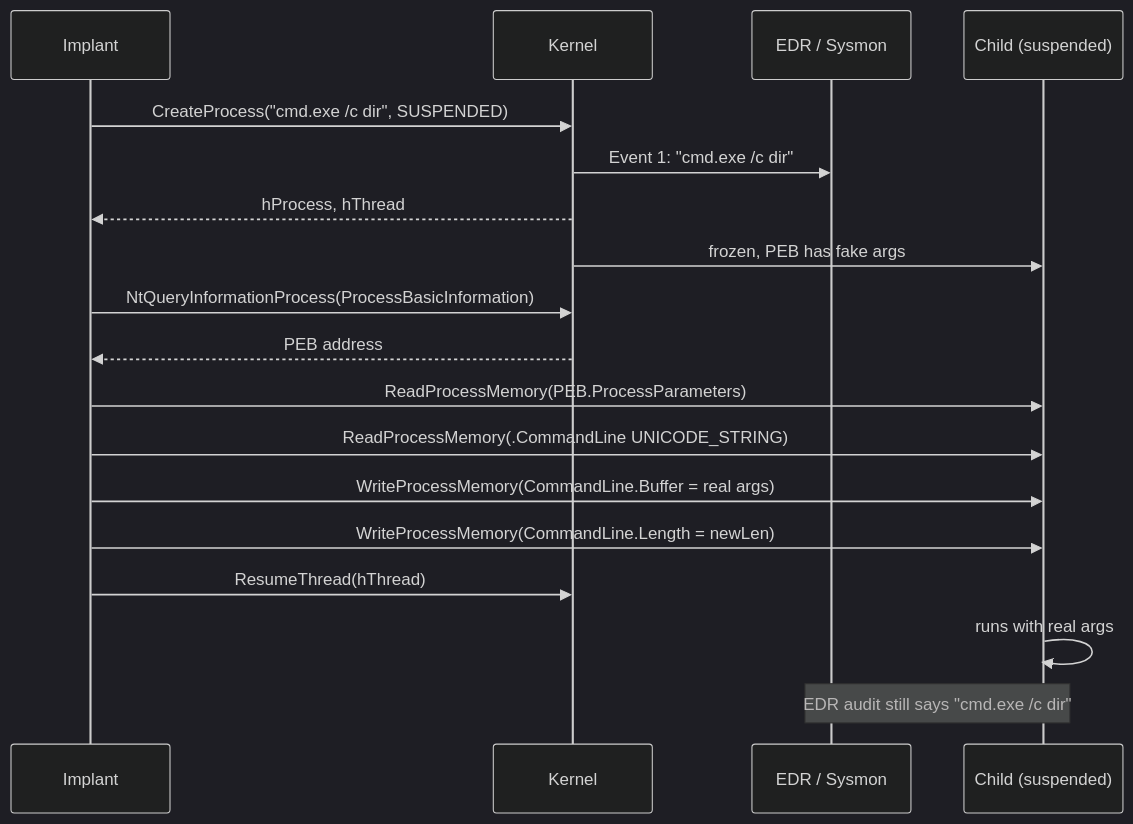
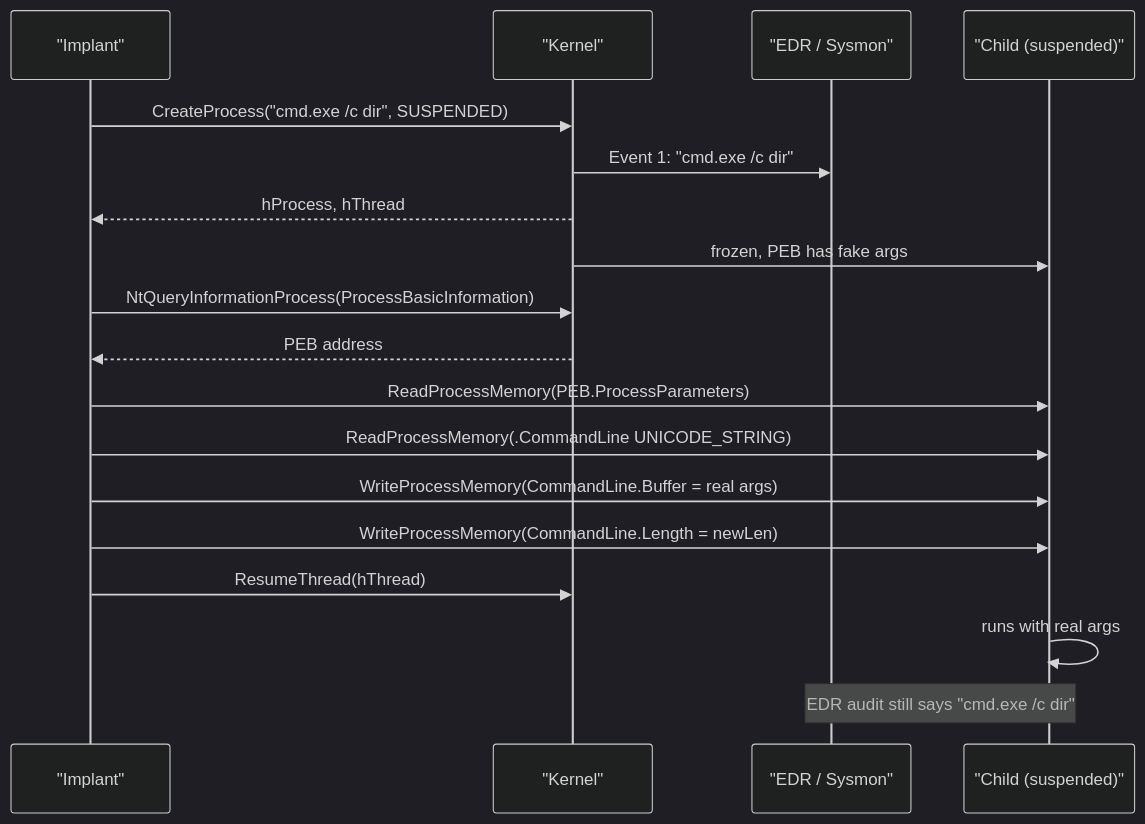
One commit to oioio-space/maldev changed the diagram in docs/techniques/injection/process-arg-spoofing.md. Above: the diagram before and after it, drawn with Mermaid (dark theme). The commit also changed 52 other files, not shown here.

First line of the commit message:
fix(docs): quote multi-word Mermaid participant aliases — 11.2.0 strict-mode sweep

````diff
--- a/docs/techniques/injection/process-arg-spoofing.md
+++ b/docs/techniques/injection/process-arg-spoofing.md
@@ -45,24 +45,24 @@
 ```mermaid
 sequenceDiagram
-    participant Impl as Implant
-    participant Kern as Kernel
-    participant EDR as EDR / Sysmon
-    participant Child as Child (suspended)
+    participant Impl as "Implant"
+    participant Kern as "Kernel"
+    participant EDR as "EDR / Sysmon"
+    participant Child as "Child (suspended)"
 
     Impl->>Kern: CreateProcess("cmd.exe /c dir", SUSPENDED)
     Kern->>EDR: Event 1: "cmd.exe /c dir"
     Kern-->>Impl: hProcess, hThread
     Kern->>Child: frozen, PEB has fake args
 
     Impl->>Kern: NtQueryInformationProcess(ProcessBasicInformation)
     Kern-->>Impl: PEB address
     Impl->>Child: ReadProcessMemory(PEB.ProcessParameters)
     Impl->>Child: ReadProcessMemory(.CommandLine UNICODE_STRING)
 
     Impl->>Child: WriteProcessMemory(CommandLine.Buffer = real args)
     Impl->>Child: WriteProcessMemory(CommandLine.Length = newLen)
 
     Impl->>Kern: ResumeThread(hThread)
     Child->>Child: runs with real args
     Note over Child,EDR: EDR audit still says "cmd.exe /c dir"
 ```
````
